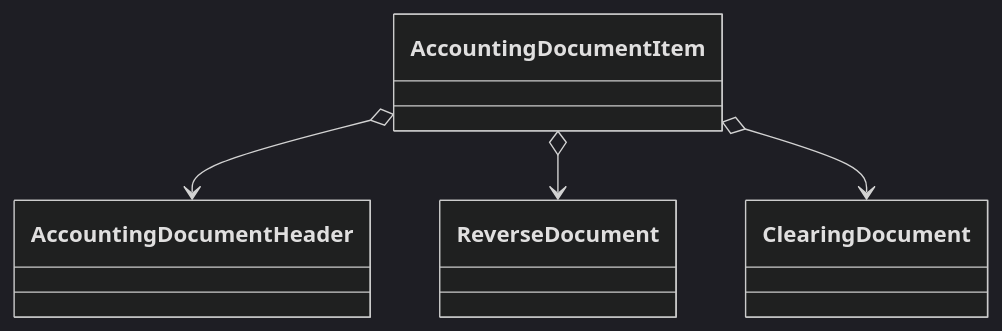
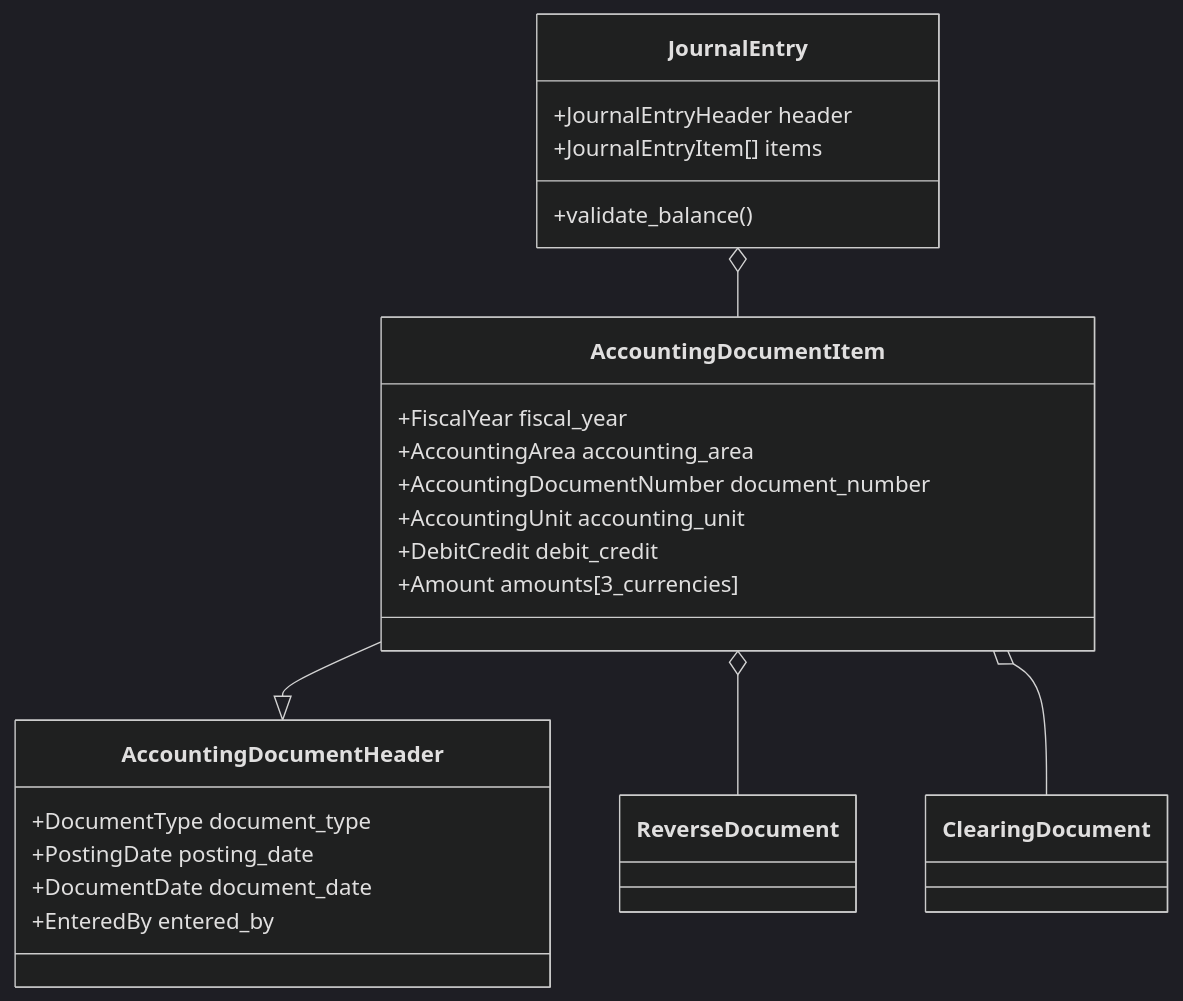
One commit to skusunoki/ex_accounting changed the diagram in README.md. Above: the diagram before and after it, drawn with Mermaid (dark theme). The commit also changed other lines of this file and 7 other files, not shown here.

Commit message:
add journal entry test

````diff
--- a/README.md
+++ b/README.md
@@ -29,11 +54,29 @@
 ```mermaid
 classDiagram
-  class AccountingDocumentItem{ }
-  class AccountingDocumentHeader{ }
-  class ReverseDocument{ }
-  class ClearingDocument{ }
-  AccountingDocumentItem o--> AccountingDocumentHeader
-  AccountingDocumentItem o--> ReverseDocument
-  AccountingDocumentItem o--> ClearingDocument
-
+  class AccountingDocumentItem {
+    +FiscalYear fiscal_year
+    +AccountingArea accounting_area
+    +AccountingDocumentNumber document_number
+    +AccountingUnit accounting_unit
+    +DebitCredit debit_credit
+    +Amount amounts[3_currencies]
+  }
+  
+  class AccountingDocumentHeader {
+    +DocumentType document_type
+    +PostingDate posting_date
+    +DocumentDate document_date
+    +EnteredBy entered_by
+  }
+  
+  class JournalEntry {
+    +JournalEntryHeader header
+    +JournalEntryItem[] items
+    +validate_balance()
+  }
+  
+  AccountingDocumentItem --|> AccountingDocumentHeader
+  JournalEntry o-- AccountingDocumentItem
+  AccountingDocumentItem o-- ReverseDocument
+  AccountingDocumentItem o-- ClearingDocument
 ```
````
